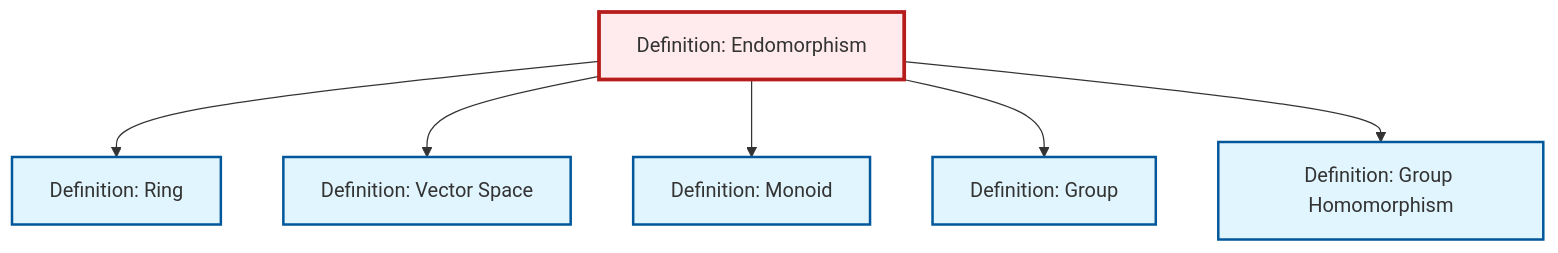
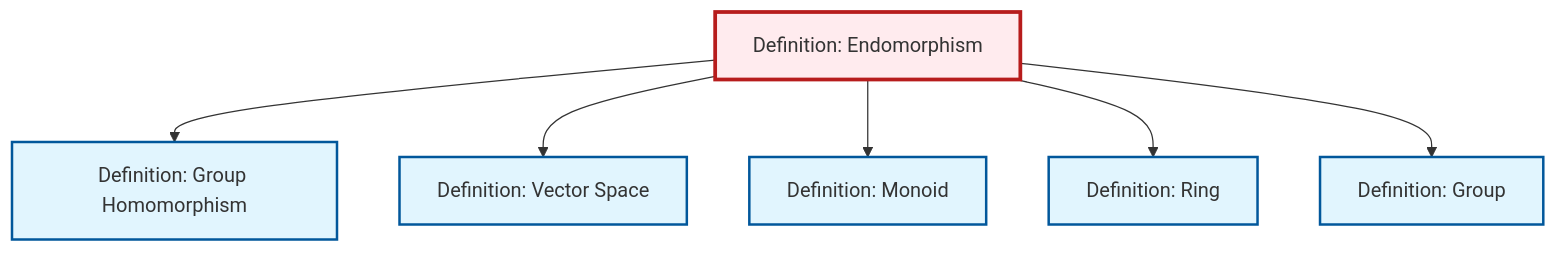
One commit to RK0429/ModernMath changed the diagram in content/en/algebra/def-endomorphism.qmd. Above: the diagram before and after it, drawn with Mermaid. The commit also changed other lines of this file and 1069 other files, not shown here.

````diff
--- a/content/en/algebra/def-endomorphism.qmd
+++ b/content/en/algebra/def-endomorphism.qmd
@@ -88,26 +88,26 @@
 ```{mermaid}
 %%| fig-cap: "Local dependency graph"
 graph TD
     classDef definition fill:#e1f5fe,stroke:#01579b,stroke-width:2px
     classDef theorem fill:#f3e5f5,stroke:#4a148c,stroke-width:2px
     classDef axiom fill:#fff3e0,stroke:#e65100,stroke-width:2px
     classDef example fill:#e8f5e9,stroke:#1b5e20,stroke-width:2px
     classDef current fill:#ffebee,stroke:#b71c1c,stroke-width:3px
+    def-vector-space["Definition: Vector Space"]:::definition
+    def-endomorphism["Definition: Endomorphism"]:::definition
+    def-ring["Definition: Ring"]:::definition
     def-monoid["Definition: Monoid"]:::definition
+    def-homomorphism["Definition: Group Homomorphism"]:::definition
     def-group["Definition: Group"]:::definition
-    def-ring["Definition: Ring"]:::definition
-    def-homomorphism["Definition: Group Homomorphism"]:::definition
-    def-endomorphism["Definition: Endomorphism"]:::definition
-    def-vector-space["Definition: Vector Space"]:::definition
-    def-endomorphism --> def-ring
+    def-endomorphism --> def-homomorphism
     def-endomorphism --> def-vector-space
     def-endomorphism --> def-monoid
+    def-endomorphism --> def-ring
     def-endomorphism --> def-group
-    def-endomorphism --> def-homomorphism
     class def-endomorphism current
+    click def-vector-space "def-vector-space.html" "Go to Vector Space definition"
+    click def-ring "def-ring.html" "Go to Ring definition"
     click def-monoid "def-monoid.html" "Go to Monoid definition"
+    click def-homomorphism "def-homomorphism.html" "Go to Group Homomorphism definition"
     click def-group "def-group.html" "Go to Group definition"
-    click def-ring "def-ring.html" "Go to Ring definition"
-    click def-homomorphism "def-homomorphism.html" "Go to Group Homomorphism definition"
-    click def-vector-space "def-vector-space.html" "Go to Vector Space definition"
 ```
````
